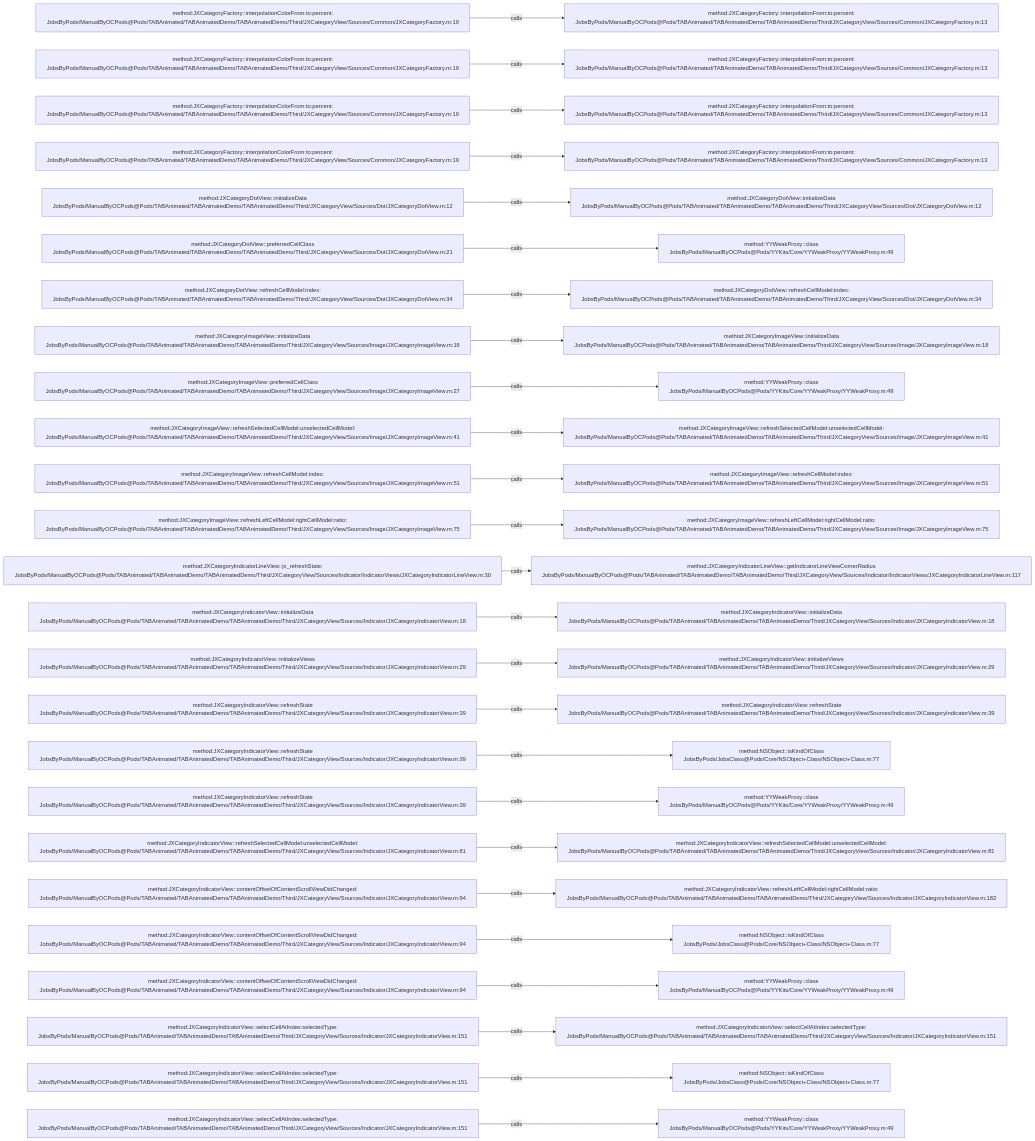
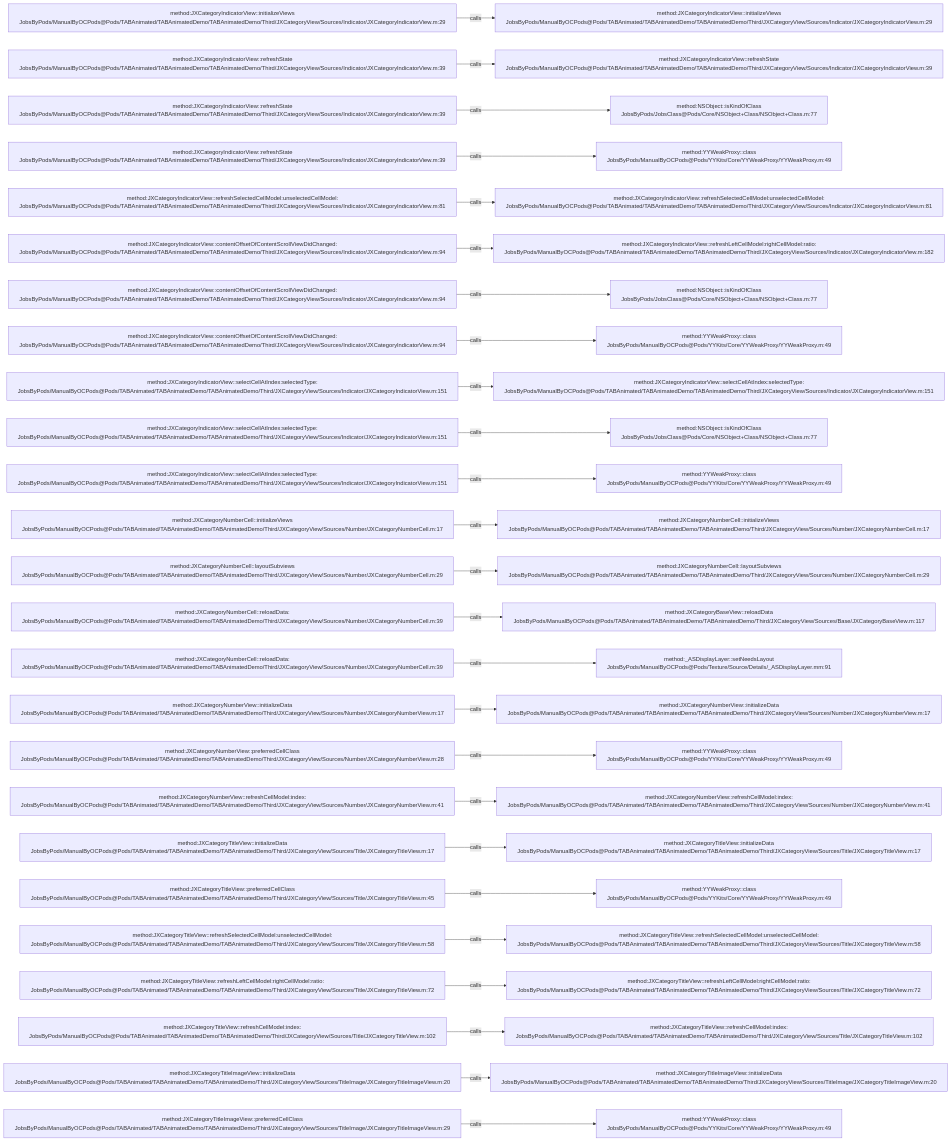
Before and after one commit to JobsKits/JobsOCBaseConfigDemo: the diagram in .codegraph/codegraph.md/graphs/calls-044.md, drawn with Mermaid. The commit also changed 296 other files, not shown here.

````diff
--- a/.codegraph/codegraph.md/graphs/calls-044.md
+++ b/.codegraph/codegraph.md/graphs/calls-044.md
@@ -13,78 +13,78 @@
 ```mermaid
 flowchart LR
-  S1["method:JXCategoryFactory::interpolationColorFrom:to:percent:<br/>JobsByPods/ManualByOCPods@Pods/TABAnimated/TABAnimatedDemo/TABAnimatedDemo/Third/JXCategoryView/Sources/Common/JXCategoryFactory.m:19"]
-  T1["method:JXCategoryFactory::interpolationFrom:to:percent:<br/>JobsByPods/ManualByOCPods@Pods/TABAnimated/TABAnimatedDemo/TABAnimatedDemo/Third/JXCategoryView/Sources/Common/JXCategoryFactory.m:13"]
+  S1["method:JXCategoryIndicatorView::initializeViews<br/>JobsByPods/ManualByOCPods@Pods/TABAnimated/TABAnimatedDemo/TABAnimatedDemo/Third/JXCategoryView/Sources/Indicator/JXCategoryIndicatorView.m:29"]
+  T1["method:JXCategoryIndicatorView::initializeViews<br/>JobsByPods/ManualByOCPods@Pods/TABAnimated/TABAnimatedDemo/TABAnimatedDemo/Third/JXCategoryView/Sources/Indicator/JXCategoryIndicatorView.m:29"]
   S1 -->|calls| T1
-  S2["method:JXCategoryFactory::interpolationColorFrom:to:percent:<br/>JobsByPods/ManualByOCPods@Pods/TABAnimated/TABAnimatedDemo/TABAnimatedDemo/Third/JXCategoryView/Sources/Common/JXCategoryFactory.m:19"]
-  T2["method:JXCategoryFactory::interpolationFrom:to:percent:<br/>JobsByPods/ManualByOCPods@Pods/TABAnimated/TABAnimatedDemo/TABAnimatedDemo/Third/JXCategoryView/Sources/Common/JXCategoryFactory.m:13"]
+  S2["method:JXCategoryIndicatorView::refreshState<br/>JobsByPods/ManualByOCPods@Pods/TABAnimated/TABAnimatedDemo/TABAnimatedDemo/Third/JXCategoryView/Sources/Indicator/JXCategoryIndicatorView.m:39"]
+  T2["method:JXCategoryIndicatorView::refreshState<br/>JobsByPods/ManualByOCPods@Pods/TABAnimated/TABAnimatedDemo/TABAnimatedDemo/Third/JXCategoryView/Sources/Indicator/JXCategoryIndicatorView.m:39"]
   S2 -->|calls| T2
-  S3["method:JXCategoryFactory::interpolationColorFrom:to:percent:<br/>JobsByPods/ManualByOCPods@Pods/TABAnimated/TABAnimatedDemo/TABAnimatedDemo/Third/JXCategoryView/Sources/Common/JXCategoryFactory.m:19"]
-  T3["method:JXCategoryFactory::interpolationFrom:to:percent:<br/>JobsByPods/ManualByOCPods@Pods/TABAnimated/TABAnimatedDemo/TABAnimatedDemo/Third/JXCategoryView/Sources/Common/JXCategoryFactory.m:13"]
+  S3["method:JXCategoryIndicatorView::refreshState<br/>JobsByPods/ManualByOCPods@Pods/TABAnimated/TABAnimatedDemo/TABAnimatedDemo/Third/JXCategoryView/Sources/Indicator/JXCategoryIndicatorView.m:39"]
+  T3["method:NSObject::isKindOfClass<br/>JobsByPods/JobsClass@Pods/Core/NSObject+Class/NSObject+Class.m:77"]
   S3 -->|calls| T3
-  S4["method:JXCategoryFactory::interpolationColorFrom:to:percent:<br/>JobsByPods/ManualByOCPods@Pods/TABAnimated/TABAnimatedDemo/TABAnimatedDemo/Third/JXCategoryView/Sources/Common/JXCategoryFactory.m:19"]
-  T4["method:JXCategoryFactory::interpolationFrom:to:percent:<br/>JobsByPods/ManualByOCPods@Pods/TABAnimated/TABAnimatedDemo/TABAnimatedDemo/Third/JXCategoryView/Sources/Common/JXCategoryFactory.m:13"]
+  S4["method:JXCategoryIndicatorView::refreshState<br/>JobsByPods/ManualByOCPods@Pods/TABAnimated/TABAnimatedDemo/TABAnimatedDemo/Third/JXCategoryView/Sources/Indicator/JXCategoryIndicatorView.m:39"]
+  T4["method:YYWeakProxy::class<br/>JobsByPods/ManualByOCPods@Pods/YYKits/Core/YYWeakProxy/YYWeakProxy.m:49"]
   S4 -->|calls| T4
-  S5["method:JXCategoryDotView::initializeData<br/>JobsByPods/ManualByOCPods@Pods/TABAnimated/TABAnimatedDemo/TABAnimatedDemo/Third/JXCategoryView/Sources/Dot/JXCategoryDotView.m:12"]
-  T5["method:JXCategoryDotView::initializeData<br/>JobsByPods/ManualByOCPods@Pods/TABAnimated/TABAnimatedDemo/TABAnimatedDemo/Third/JXCategoryView/Sources/Dot/JXCategoryDotView.m:12"]
+  S5["method:JXCategoryIndicatorView::refreshSelectedCellModel:unselectedCellModel:<br/>JobsByPods/ManualByOCPods@Pods/TABAnimated/TABAnimatedDemo/TABAnimatedDemo/Third/JXCategoryView/Sources/Indicator/JXCategoryIndicatorView.m:81"]
+  T5["method:JXCategoryIndicatorView::refreshSelectedCellModel:unselectedCellModel:<br/>JobsByPods/ManualByOCPods@Pods/TABAnimated/TABAnimatedDemo/TABAnimatedDemo/Third/JXCategoryView/Sources/Indicator/JXCategoryIndicatorView.m:81"]
   S5 -->|calls| T5
-  S6["method:JXCategoryDotView::preferredCellClass<br/>JobsByPods/ManualByOCPods@Pods/TABAnimated/TABAnimatedDemo/TABAnimatedDemo/Third/JXCategoryView/Sources/Dot/JXCategoryDotView.m:21"]
-  T6["method:YYWeakProxy::class<br/>JobsByPods/ManualByOCPods@Pods/YYKits/Core/YYWeakProxy/YYWeakProxy.m:49"]
+  S6["method:JXCategoryIndicatorView::contentOffsetOfContentScrollViewDidChanged:<br/>JobsByPods/ManualByOCPods@Pods/TABAnimated/TABAnimatedDemo/TABAnimatedDemo/Third/JXCategoryView/Sources/Indicator/JXCategoryIndicatorView.m:94"]
+  T6["method:JXCategoryIndicatorView::refreshLeftCellModel:rightCellModel:ratio:<br/>JobsByPods/ManualByOCPods@Pods/TABAnimated/TABAnimatedDemo/TABAnimatedDemo/Third/JXCategoryView/Sources/Indicator/JXCategoryIndicatorView.m:182"]
   S6 -->|calls| T6
-  S7["method:JXCategoryDotView::refreshCellModel:index:<br/>JobsByPods/ManualByOCPods@Pods/TABAnimated/TABAnimatedDemo/TABAnimatedDemo/Third/JXCategoryView/Sources/Dot/JXCategoryDotView.m:34"]
-  T7["method:JXCategoryDotView::refreshCellModel:index:<br/>JobsByPods/ManualByOCPods@Pods/TABAnimated/TABAnimatedDemo/TABAnimatedDemo/Third/JXCategoryView/Sources/Dot/JXCategoryDotView.m:34"]
+  S7["method:JXCategoryIndicatorView::contentOffsetOfContentScrollViewDidChanged:<br/>JobsByPods/ManualByOCPods@Pods/TABAnimated/TABAnimatedDemo/TABAnimatedDemo/Third/JXCategoryView/Sources/Indicator/JXCategoryIndicatorView.m:94"]
+  T7["method:NSObject::isKindOfClass<br/>JobsByPods/JobsClass@Pods/Core/NSObject+Class/NSObject+Class.m:77"]
   S7 -->|calls| T7
-  S8["method:JXCategoryImageView::initializeData<br/>JobsByPods/ManualByOCPods@Pods/TABAnimated/TABAnimatedDemo/TABAnimatedDemo/Third/JXCategoryView/Sources/Image/JXCategoryImageView.m:18"]
-  T8["method:JXCategoryImageView::initializeData<br/>JobsByPods/ManualByOCPods@Pods/TABAnimated/TABAnimatedDemo/TABAnimatedDemo/Third/JXCategoryView/Sources/Image/JXCategoryImageView.m:18"]
+  S8["method:JXCategoryIndicatorView::contentOffsetOfContentScrollViewDidChanged:<br/>JobsByPods/ManualByOCPods@Pods/TABAnimated/TABAnimatedDemo/TABAnimatedDemo/Third/JXCategoryView/Sources/Indicator/JXCategoryIndicatorView.m:94"]
+  T8["method:YYWeakProxy::class<br/>JobsByPods/ManualByOCPods@Pods/YYKits/Core/YYWeakProxy/YYWeakProxy.m:49"]
   S8 -->|calls| T8
-  S9["method:JXCategoryImageView::preferredCellClass<br/>JobsByPods/ManualByOCPods@Pods/TABAnimated/TABAnimatedDemo/TABAnimatedDemo/Third/JXCategoryView/Sources/Image/JXCategoryImageView.m:27"]
-  T9["method:YYWeakProxy::class<br/>JobsByPods/ManualByOCPods@Pods/YYKits/Core/YYWeakProxy/YYWeakProxy.m:49"]
+  S9["method:JXCategoryIndicatorView::selectCellAtIndex:selectedType:<br/>JobsByPods/ManualByOCPods@Pods/TABAnimated/TABAnimatedDemo/TABAnimatedDemo/Third/JXCategoryView/Sources/Indicator/JXCategoryIndicatorView.m:151"]
+  T9["method:JXCategoryIndicatorView::selectCellAtIndex:selectedType:<br/>JobsByPods/ManualByOCPods@Pods/TABAnimated/TABAnimatedDemo/TABAnimatedDemo/Third/JXCategoryView/Sources/Indicator/JXCategoryIndicatorView.m:151"]
   S9 -->|calls| T9
-  S10["method:JXCategoryImageView::refreshSelectedCellModel:unselectedCellModel:<br/>JobsByPods/ManualByOCPods@Pods/TABAnimated/TABAnimatedDemo/TABAnimatedDemo/Third/JXCategoryView/Sources/Image/JXCategoryImageView.m:41"]
-  T10["method:JXCategoryImageView::refreshSelectedCellModel:unselectedCellModel:<br/>JobsByPods/ManualByOCPods@Pods/TABAnimated/TABAnimatedDemo/TABAnimatedDemo/Third/JXCategoryView/Sources/Image/JXCategoryImageView.m:41"]
+  S10["method:JXCategoryIndicatorView::selectCellAtIndex:selectedType:<br/>JobsByPods/ManualByOCPods@Pods/TABAnimated/TABAnimatedDemo/TABAnimatedDemo/Third/JXCategoryView/Sources/Indicator/JXCategoryIndicatorView.m:151"]
+  T10["method:NSObject::isKindOfClass<br/>JobsByPods/JobsClass@Pods/Core/NSObject+Class/NSObject+Class.m:77"]
   S10 -->|calls| T10
-  S11["method:JXCategoryImageView::refreshCellModel:index:<br/>JobsByPods/ManualByOCPods@Pods/TABAnimated/TABAnimatedDemo/TABAnimatedDemo/Third/JXCategoryView/Sources/Image/JXCategoryImageView.m:51"]
-  T11["method:JXCategoryImageView::refreshCellModel:index:<br/>JobsByPods/ManualByOCPods@Pods/TABAnimated/TABAnimatedDemo/TABAnimatedDemo/Third/JXCategoryView/Sources/Image/JXCategoryImageView.m:51"]
+  S11["method:JXCategoryIndicatorView::selectCellAtIndex:selectedType:<br/>JobsByPods/ManualByOCPods@Pods/TABAnimated/TABAnimatedDemo/TABAnimatedDemo/Third/JXCategoryView/Sources/Indicator/JXCategoryIndicatorView.m:151"]
+  T11["method:YYWeakProxy::class<br/>JobsByPods/ManualByOCPods@Pods/YYKits/Core/YYWeakProxy/YYWeakProxy.m:49"]
   S11 -->|calls| T11
-  S12["method:JXCategoryImageView::refreshLeftCellModel:rightCellModel:ratio:<br/>JobsByPods/ManualByOCPods@Pods/TABAnimated/TABAnimatedDemo/TABAnimatedDemo/Third/JXCategoryView/Sources/Image/JXCategoryImageView.m:75"]
-  T12["method:JXCategoryImageView::refreshLeftCellModel:rightCellModel:ratio:<br/>JobsByPods/ManualByOCPods@Pods/TABAnimated/TABAnimatedDemo/TABAnimatedDemo/Third/JXCategoryView/Sources/Image/JXCategoryImageView.m:75"]
+  S12["method:JXCategoryNumberCell::initializeViews<br/>JobsByPods/ManualByOCPods@Pods/TABAnimated/TABAnimatedDemo/TABAnimatedDemo/Third/JXCategoryView/Sources/Number/JXCategoryNumberCell.m:17"]
+  T12["method:JXCategoryNumberCell::initializeViews<br/>JobsByPods/ManualByOCPods@Pods/TABAnimated/TABAnimatedDemo/TABAnimatedDemo/Third/JXCategoryView/Sources/Number/JXCategoryNumberCell.m:17"]
   S12 -->|calls| T12
-  S13["method:JXCategoryIndicatorLineView::jx_refreshState:<br/>JobsByPods/ManualByOCPods@Pods/TABAnimated/TABAnimatedDemo/TABAnimatedDemo/Third/JXCategoryView/Sources/Indicator/IndicatorViews/JXCategoryIndicatorLineView.m:30"]
-  T13["method:JXCategoryIndicatorLineView::getIndicatorLineViewCornerRadius<br/>JobsByPods/ManualByOCPods@Pods/TABAnimated/TABAnimatedDemo/TABAnimatedDemo/Third/JXCategoryView/Sources/Indicator/IndicatorViews/JXCategoryIndicatorLineView.m:117"]
+  S13["method:JXCategoryNumberCell::layoutSubviews<br/>JobsByPods/ManualByOCPods@Pods/TABAnimated/TABAnimatedDemo/TABAnimatedDemo/Third/JXCategoryView/Sources/Number/JXCategoryNumberCell.m:29"]
+  T13["method:JXCategoryNumberCell::layoutSubviews<br/>JobsByPods/ManualByOCPods@Pods/TABAnimated/TABAnimatedDemo/TABAnimatedDemo/Third/JXCategoryView/Sources/Number/JXCategoryNumberCell.m:29"]
   S13 -->|calls| T13
-  S14["method:JXCategoryIndicatorView::initializeData<br/>JobsByPods/ManualByOCPods@Pods/TABAnimated/TABAnimatedDemo/TABAnimatedDemo/Third/JXCategoryView/Sources/Indicator/JXCategoryIndicatorView.m:18"]
-  T14["method:JXCategoryIndicatorView::initializeData<br/>JobsByPods/ManualByOCPods@Pods/TABAnimated/TABAnimatedDemo/TABAnimatedDemo/Third/JXCategoryView/Sources/Indicator/JXCategoryIndicatorView.m:18"]
+  S14["method:JXCategoryNumberCell::reloadData:<br/>JobsByPods/ManualByOCPods@Pods/TABAnimated/TABAnimatedDemo/TABAnimatedDemo/Third/JXCategoryView/Sources/Number/JXCategoryNumberCell.m:39"]
+  T14["method:JXCategoryBaseView::reloadData<br/>JobsByPods/ManualByOCPods@Pods/TABAnimated/TABAnimatedDemo/TABAnimatedDemo/Third/JXCategoryView/Sources/Base/JXCategoryBaseView.m:117"]
   S14 -->|calls| T14
-  S15["method:JXCategoryIndicatorView::initializeViews<br/>JobsByPods/ManualByOCPods@Pods/TABAnimated/TABAnimatedDemo/TABAnimatedDemo/Third/JXCategoryView/Sources/Indicator/JXCategoryIndicatorView.m:29"]
-  T15["method:JXCategoryIndicatorView::initializeViews<br/>JobsByPods/ManualByOCPods@Pods/TABAnimated/TABAnimatedDemo/TABAnimatedDemo/Third/JXCategoryView/Sources/Indicator/JXCategoryIndicatorView.m:29"]
+  S15["method:JXCategoryNumberCell::reloadData:<br/>JobsByPods/ManualByOCPods@Pods/TABAnimated/TABAnimatedDemo/TABAnimatedDemo/Third/JXCategoryView/Sources/Number/JXCategoryNumberCell.m:39"]
+  T15["method:_ASDisplayLayer::setNeedsLayout<br/>JobsByPods/ManualByOCPods@Pods/Texture/Source/Details/_ASDisplayLayer.mm:91"]
   S15 -->|calls| T15
-  S16["method:JXCategoryIndicatorView::refreshState<br/>JobsByPods/ManualByOCPods@Pods/TABAnimated/TABAnimatedDemo/TABAnimatedDemo/Third/JXCategoryView/Sources/Indicator/JXCategoryIndicatorView.m:39"]
-  T16["method:JXCategoryIndicatorView::refreshState<br/>JobsByPods/ManualByOCPods@Pods/TABAnimated/TABAnimatedDemo/TABAnimatedDemo/Third/JXCategoryView/Sources/Indicator/JXCategoryIndicatorView.m:39"]
+  S16["method:JXCategoryNumberView::initializeData<br/>JobsByPods/ManualByOCPods@Pods/TABAnimated/TABAnimatedDemo/TABAnimatedDemo/Third/JXCategoryView/Sources/Number/JXCategoryNumberView.m:17"]
+  T16["method:JXCategoryNumberView::initializeData<br/>JobsByPods/ManualByOCPods@Pods/TABAnimated/TABAnimatedDemo/TABAnimatedDemo/Third/JXCategoryView/Sources/Number/JXCategoryNumberView.m:17"]
   S16 -->|calls| T16
-  S17["method:JXCategoryIndicatorView::refreshState<br/>JobsByPods/ManualByOCPods@Pods/TABAnimated/TABAnimatedDemo/TABAnimatedDemo/Third/JXCategoryView/Sources/Indicator/JXCategoryIndicatorView.m:39"]
-  T17["method:NSObject::isKindOfClass<br/>JobsByPods/JobsClass@Pods/Core/NSObject+Class/NSObject+Class.m:77"]
+  S17["method:JXCategoryNumberView::preferredCellClass<br/>JobsByPods/ManualByOCPods@Pods/TABAnimated/TABAnimatedDemo/TABAnimatedDemo/Third/JXCategoryView/Sources/Number/JXCategoryNumberView.m:28"]
+  T17["method:YYWeakProxy::class<br/>JobsByPods/ManualByOCPods@Pods/YYKits/Core/YYWeakProxy/YYWeakProxy.m:49"]
   S17 -->|calls| T17
-  S18["method:JXCategoryIndicatorView::refreshState<br/>JobsByPods/ManualByOCPods@Pods/TABAnimated/TABAnimatedDemo/TABAnimatedDemo/Third/JXCategoryView/Sources/Indicator/JXCategoryIndicatorView.m:39"]
-  T18["method:YYWeakProxy::class<br/>JobsByPods/ManualByOCPods@Pods/YYKits/Core/YYWeakProxy/YYWeakProxy.m:49"]
+  S18["method:JXCategoryNumberView::refreshCellModel:index:<br/>JobsByPods/ManualByOCPods@Pods/TABAnimated/TABAnimatedDemo/TABAnimatedDemo/Third/JXCategoryView/Sources/Number/JXCategoryNumberView.m:41"]
+  T18["method:JXCategoryNumberView::refreshCellModel:index:<br/>JobsByPods/ManualByOCPods@Pods/TABAnimated/TABAnimatedDemo/TABAnimatedDemo/Third/JXCategoryView/Sources/Number/JXCategoryNumberView.m:41"]
   S18 -->|calls| T18
-  S19["method:JXCategoryIndicatorView::refreshSelectedCellModel:unselectedCellModel:<br/>JobsByPods/ManualByOCPods@Pods/TABAnimated/TABAnimatedDemo/TABAnimatedDemo/Third/JXCategoryView/Sources/Indicator/JXCategoryIndicatorView.m:81"]
-  T19["method:JXCategoryIndicatorView::refreshSelectedCellModel:unselectedCellModel:<br/>JobsByPods/ManualByOCPods@Pods/TABAnimated/TABAnimatedDemo/TABAnimatedDemo/Third/JXCategoryView/Sources/Indicator/JXCategoryIndicatorView.m:81"]
+  S19["method:JXCategoryTitleView::initializeData<br/>JobsByPods/ManualByOCPods@Pods/TABAnimated/TABAnimatedDemo/TABAnimatedDemo/Third/JXCategoryView/Sources/Title/JXCategoryTitleView.m:17"]
+  T19["method:JXCategoryTitleView::initializeData<br/>JobsByPods/ManualByOCPods@Pods/TABAnimated/TABAnimatedDemo/TABAnimatedDemo/Third/JXCategoryView/Sources/Title/JXCategoryTitleView.m:17"]
   S19 -->|calls| T19
-  S20["method:JXCategoryIndicatorView::contentOffsetOfContentScrollViewDidChanged:<br/>JobsByPods/ManualByOCPods@Pods/TABAnimated/TABAnimatedDemo/TABAnimatedDemo/Third/JXCategoryView/Sources/Indicator/JXCategoryIndicatorView.m:94"]
-  T20["method:JXCategoryIndicatorView::refreshLeftCellModel:rightCellModel:ratio:<br/>JobsByPods/ManualByOCPods@Pods/TABAnimated/TABAnimatedDemo/TABAnimatedDemo/Third/JXCategoryView/Sources/Indicator/JXCategoryIndicatorView.m:182"]
+  S20["method:JXCategoryTitleView::preferredCellClass<br/>JobsByPods/ManualByOCPods@Pods/TABAnimated/TABAnimatedDemo/TABAnimatedDemo/Third/JXCategoryView/Sources/Title/JXCategoryTitleView.m:45"]
+  T20["method:YYWeakProxy::class<br/>JobsByPods/ManualByOCPods@Pods/YYKits/Core/YYWeakProxy/YYWeakProxy.m:49"]
   S20 -->|calls| T20
-  S21["method:JXCategoryIndicatorView::contentOffsetOfContentScrollViewDidChanged:<br/>JobsByPods/ManualByOCPods@Pods/TABAnimated/TABAnimatedDemo/TABAnimatedDemo/Third/JXCategoryView/Sources/Indicator/JXCategoryIndicatorView.m:94"]
-  T21["method:NSObject::isKindOfClass<br/>JobsByPods/JobsClass@Pods/Core/NSObject+Class/NSObject+Class.m:77"]
+  S21["method:JXCategoryTitleView::refreshSelectedCellModel:unselectedCellModel:<br/>JobsByPods/ManualByOCPods@Pods/TABAnimated/TABAnimatedDemo/TABAnimatedDemo/Third/JXCategoryView/Sources/Title/JXCategoryTitleView.m:58"]
+  T21["method:JXCategoryTitleView::refreshSelectedCellModel:unselectedCellModel:<br/>JobsByPods/ManualByOCPods@Pods/TABAnimated/TABAnimatedDemo/TABAnimatedDemo/Third/JXCategoryView/Sources/Title/JXCategoryTitleView.m:58"]
   S21 -->|calls| T21
-  S22["method:JXCategoryIndicatorView::contentOffsetOfContentScrollViewDidChanged:<br/>JobsByPods/ManualByOCPods@Pods/TABAnimated/TABAnimatedDemo/TABAnimatedDemo/Third/JXCategoryView/Sources/Indicator/JXCategoryIndicatorView.m:94"]
-  T22["method:YYWeakProxy::class<br/>JobsByPods/ManualByOCPods@Pods/YYKits/Core/YYWeakProxy/YYWeakProxy.m:49"]
+  S22["method:JXCategoryTitleView::refreshLeftCellModel:rightCellModel:ratio:<br/>JobsByPods/ManualByOCPods@Pods/TABAnimated/TABAnimatedDemo/TABAnimatedDemo/Third/JXCategoryView/Sources/Title/JXCategoryTitleView.m:72"]
+  T22["method:JXCategoryTitleView::refreshLeftCellModel:rightCellModel:ratio:<br/>JobsByPods/ManualByOCPods@Pods/TABAnimated/TABAnimatedDemo/TABAnimatedDemo/Third/JXCategoryView/Sources/Title/JXCategoryTitleView.m:72"]
   S22 -->|calls| T22
-  S23["method:JXCategoryIndicatorView::selectCellAtIndex:selectedType:<br/>JobsByPods/ManualByOCPods@Pods/TABAnimated/TABAnimatedDemo/TABAnimatedDemo/Third/JXCategoryView/Sources/Indicator/JXCategoryIndicatorView.m:151"]
-  T23["method:JXCategoryIndicatorView::selectCellAtIndex:selectedType:<br/>JobsByPods/ManualByOCPods@Pods/TABAnimated/TABAnimatedDemo/TABAnimatedDemo/Third/JXCategoryView/Sources/Indicator/JXCategoryIndicatorView.m:151"]
+  S23["method:JXCategoryTitleView::refreshCellModel:index:<br/>JobsByPods/ManualByOCPods@Pods/TABAnimated/TABAnimatedDemo/TABAnimatedDemo/Third/JXCategoryView/Sources/Title/JXCategoryTitleView.m:102"]
+  T23["method:JXCategoryTitleView::refreshCellModel:index:<br/>JobsByPods/ManualByOCPods@Pods/TABAnimated/TABAnimatedDemo/TABAnimatedDemo/Third/JXCategoryView/Sources/Title/JXCategoryTitleView.m:102"]
   S23 -->|calls| T23
-  S24["method:JXCategoryIndicatorView::selectCellAtIndex:selectedType:<br/>JobsByPods/ManualByOCPods@Pods/TABAnimated/TABAnimatedDemo/TABAnimatedDemo/Third/JXCategoryView/Sources/Indicator/JXCategoryIndicatorView.m:151"]
-  T24["method:NSObject::isKindOfClass<br/>JobsByPods/JobsClass@Pods/Core/NSObject+Class/NSObject+Class.m:77"]
+  S24["method:JXCategoryTitleImageView::initializeData<br/>JobsByPods/ManualByOCPods@Pods/TABAnimated/TABAnimatedDemo/TABAnimatedDemo/Third/JXCategoryView/Sources/TitleImage/JXCategoryTitleImageView.m:20"]
+  T24["method:JXCategoryTitleImageView::initializeData<br/>JobsByPods/ManualByOCPods@Pods/TABAnimated/TABAnimatedDemo/TABAnimatedDemo/Third/JXCategoryView/Sources/TitleImage/JXCategoryTitleImageView.m:20"]
   S24 -->|calls| T24
-  S25["method:JXCategoryIndicatorView::selectCellAtIndex:selectedType:<br/>JobsByPods/ManualByOCPods@Pods/TABAnimated/TABAnimatedDemo/TABAnimatedDemo/Third/JXCategoryView/Sources/Indicator/JXCategoryIndicatorView.m:151"]
+  S25["method:JXCategoryTitleImageView::preferredCellClass<br/>JobsByPods/ManualByOCPods@Pods/TABAnimated/TABAnimatedDemo/TABAnimatedDemo/Third/JXCategoryView/Sources/TitleImage/JXCategoryTitleImageView.m:29"]
   T25["method:YYWeakProxy::class<br/>JobsByPods/ManualByOCPods@Pods/YYKits/Core/YYWeakProxy/YYWeakProxy.m:49"]
   S25 -->|calls| T25
 ```
````
